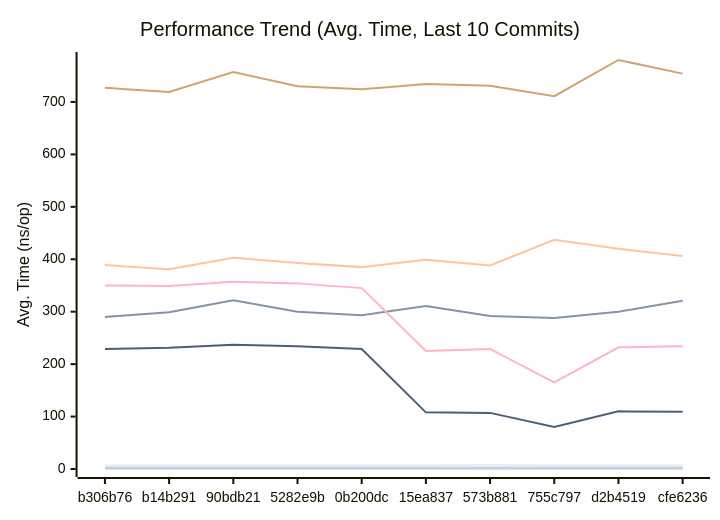
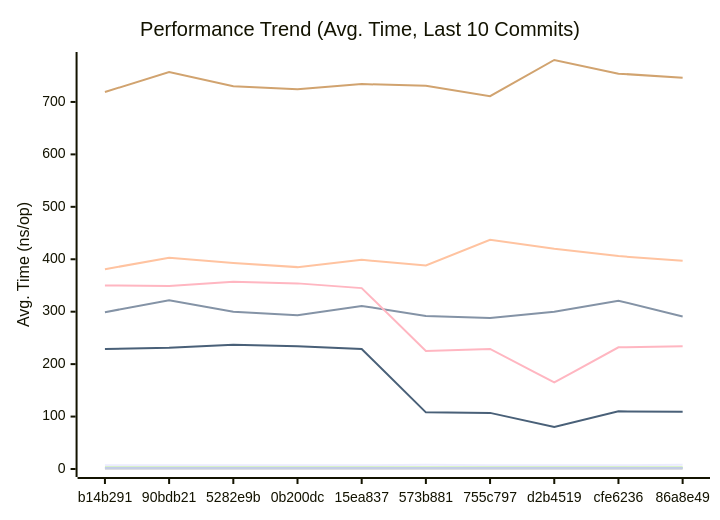
The first of 3 diagrams in docs/PERFORMANCE.md (alsotoes/momo), drawn with Mermaid before and after one commit. The commit also changed other lines of this file and 2 other files, not shown here.

````diff
--- a/docs/PERFORMANCE.md
+++ b/docs/PERFORMANCE.md
@@ -80,16 +80,16 @@
 ```mermaid
 xychart-beta
     title "Performance Trend (Avg. Time, Last 10 Commits)"
     x-axis "Commit"
     y-axis "Avg. Time (ns/op)"
-    x-axis [b306b76,b14b291,90bdb21,5282e9b,0b200dc,15ea837,573b881,755c797,d2b4519,cfe6236]
-    line "CheckMetricsAndSwap" [7,7,7,7,7,7,8,7,7,7]
-    line "CrushOptimized" [290,299,322,300,293,311,292,288,300,321]
-    line "CrushOriginal" [389,381,403,393,385,399,388,437,420,406]
+    x-axis [b14b291,90bdb21,5282e9b,0b200dc,15ea837,573b881,755c797,d2b4519,cfe6236,86a8e49]
+    line "CheckMetricsAndSwap" [7,7,7,7,7,8,7,7,7,8]
+    line "CrushOptimized" [299,322,300,293,311,292,288,300,321,291]
+    line "CrushOriginal" [381,403,393,385,399,388,437,420,406,397]
     line "IndexDirectTracking" [0,0,0,0,0,0,0,0,0,0]
     line "IndexSearch" [3,3,3,3,3,3,3,3,3,3]
-    line "LoadGlobalConfig" [727,719,757,730,724,734,731,711,780,754]
+    line "LoadGlobalConfig" [719,757,730,724,734,731,711,780,754,746]
     line "PadString" [2,2,2,2,2,2,2,2,2,2]
     line "ParseReplicationOrder_NoPrealloc" [350,349,357,354,345,225,229,165,232,234]
     line "ParseReplicationOrder_Prealloc" [229,231,237,234,229,108,107,80,110,109]
 ```
````
